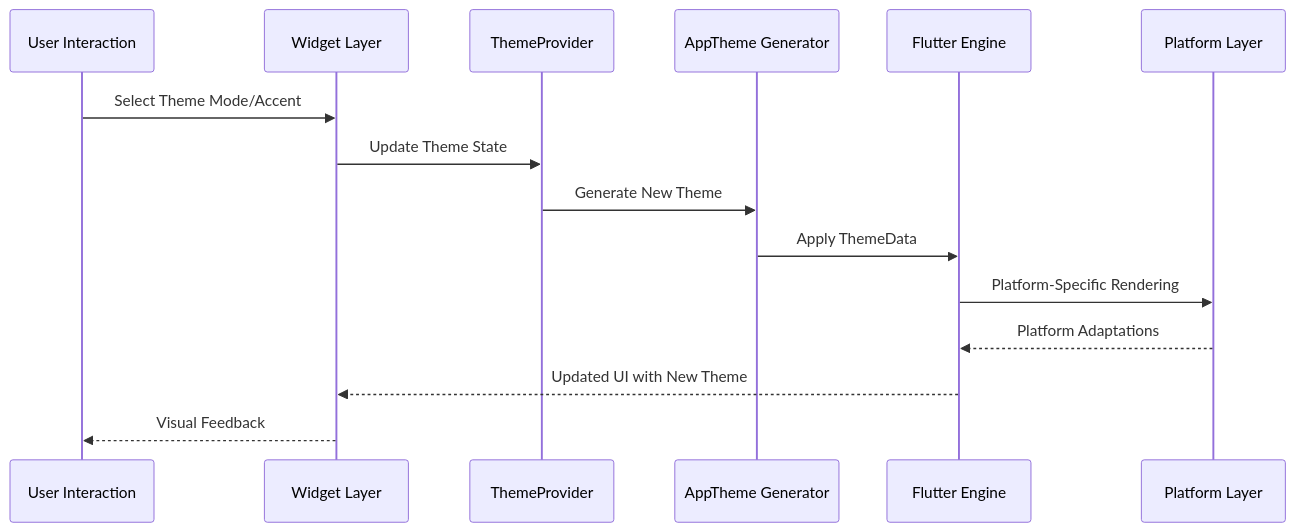
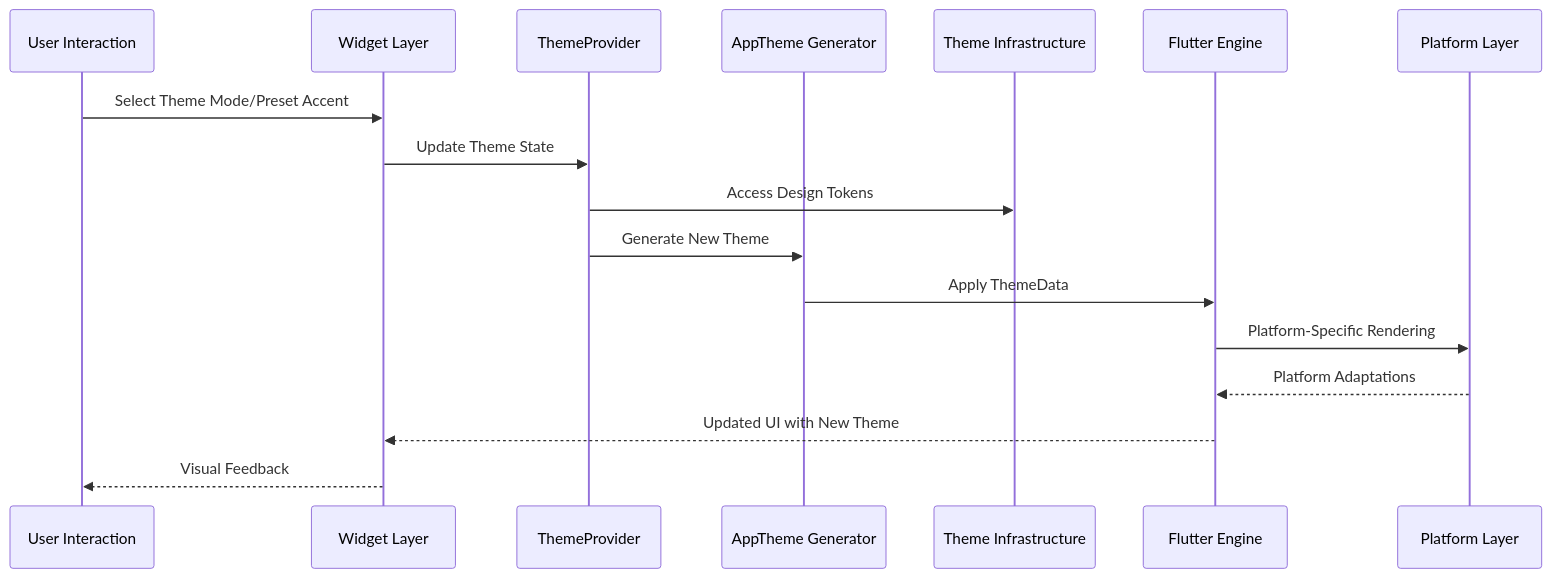
The second of 4 diagrams in .qoder/repowiki/en/content/UI Components and Pages/Theming and Styling System.md (favoroo/QNote), drawn with Mermaid before and after one commit. The commit also changed other lines of this file and 114 other files, not shown here.

````diff
--- a/.qoder/repowiki/en/content/UI Components and Pages/Theming and Styling System.md
+++ b/.qoder/repowiki/en/content/UI Components and Pages/Theming and Styling System.md
@@ -101,17 +131,19 @@
 ```mermaid
 sequenceDiagram
 participant User as User Interaction
 participant UI as Widget Layer
 participant Provider as ThemeProvider
 participant AppTheme as AppTheme Generator
+participant Infrastructure as Theme Infrastructure
 participant Flutter as Flutter Engine
 participant Platform as Platform Layer
-User->>UI : Select Theme Mode/Accent
+User->>UI : Select Theme Mode/Preset Accent
 UI->>Provider : Update Theme State
+Provider->>Infrastructure : Access Design Tokens
 Provider->>AppTheme : Generate New Theme
 AppTheme->>Flutter : Apply ThemeData
 Flutter->>Platform : Platform-Specific Rendering
 Platform-->>Flutter : Platform Adaptations
 Flutter-->>UI : Updated UI with New Theme
 UI-->>User : Visual Feedback
 ```
````
